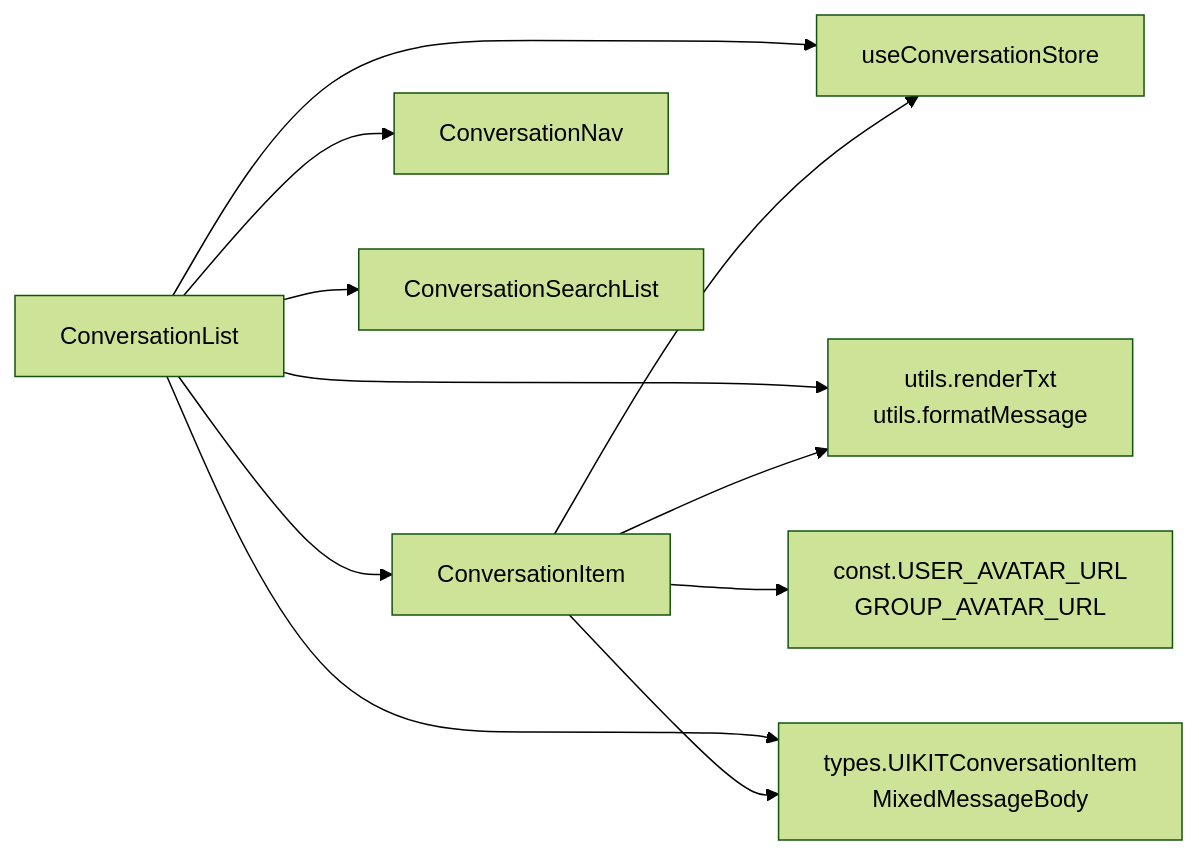
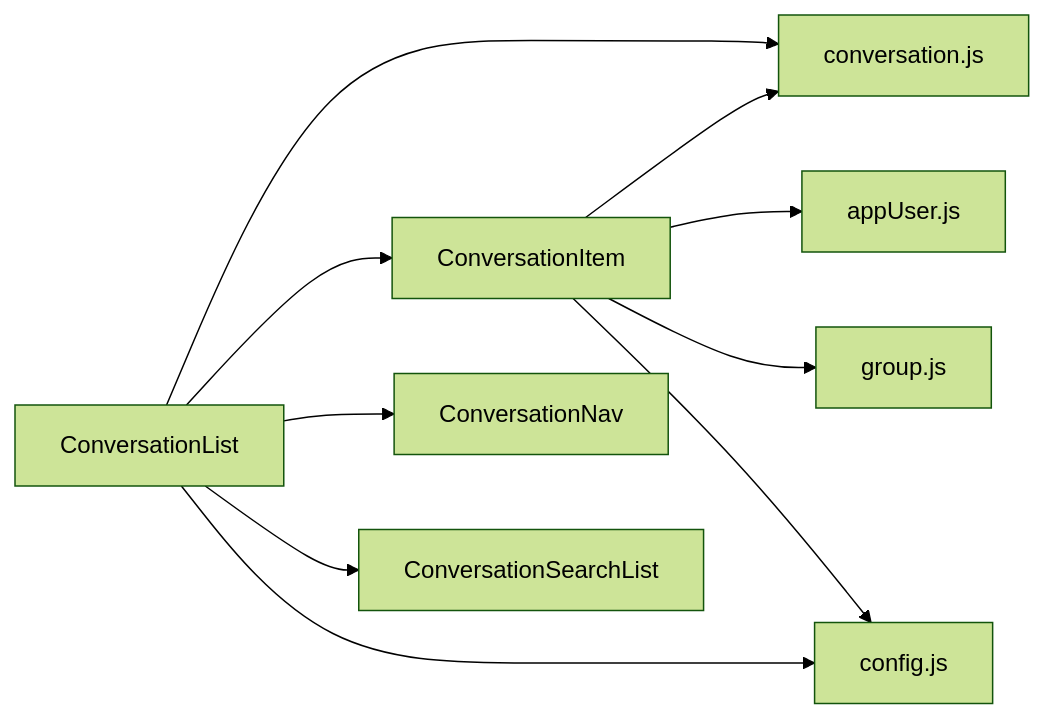
One commit to Easemob-Community/easemob-uikit-uniapp-community changed the fourth of 4 diagrams in .qoder/repowiki/zh/content/会话模块/会话模块.md. Above: the diagram before and after it, drawn with Mermaid (forest theme). The commit also changed other lines of this file and 14 other files, not shown here.

````diff
--- a/.qoder/repowiki/zh/content/会话模块/会话模块.md
+++ b/.qoder/repowiki/zh/content/会话模块/会话模块.md
@@ -249,13 +230,12 @@
 ```mermaid
 graph LR
-CI["ConversationItem"] --> CS["useConversationStore"]
+CI["ConversationItem"] --> CS["conversation.js"]
 CL["ConversationList"] --> CS
 CL --> CI
 CL --> CN["ConversationNav"]
 CL --> SE["ConversationSearchList"]
-CI --> UT["utils.renderTxt<br/>utils.formatMessage"]
-CL --> UT
-CI --> TY["types.UIKITConversationItem<br/>MixedMessageBody"]
-CL --> TY
-CI --> K["const.USER_AVATAR_URL<br/>GROUP_AVATAR_URL"]
+CI --> AU["appUser.js"]
+CI --> G["group.js"]
+CI --> CFG["config.js"]
+CL --> CFG
 ```
````
